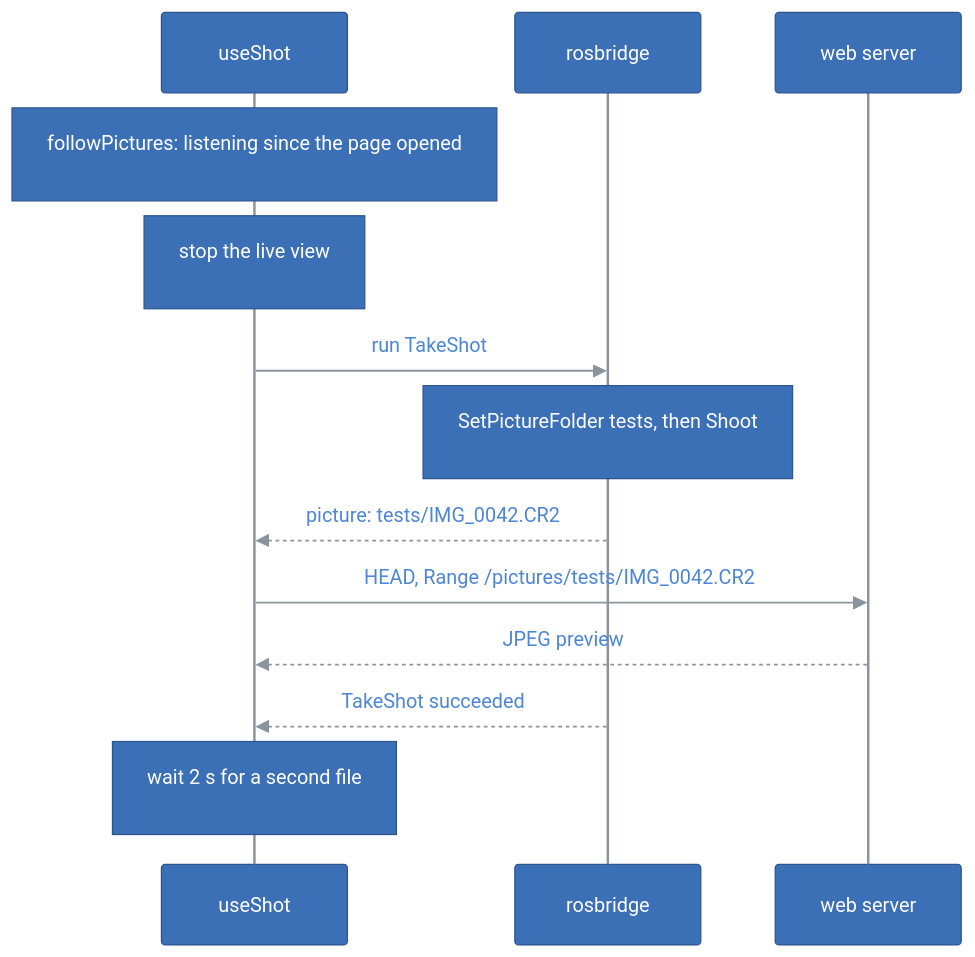
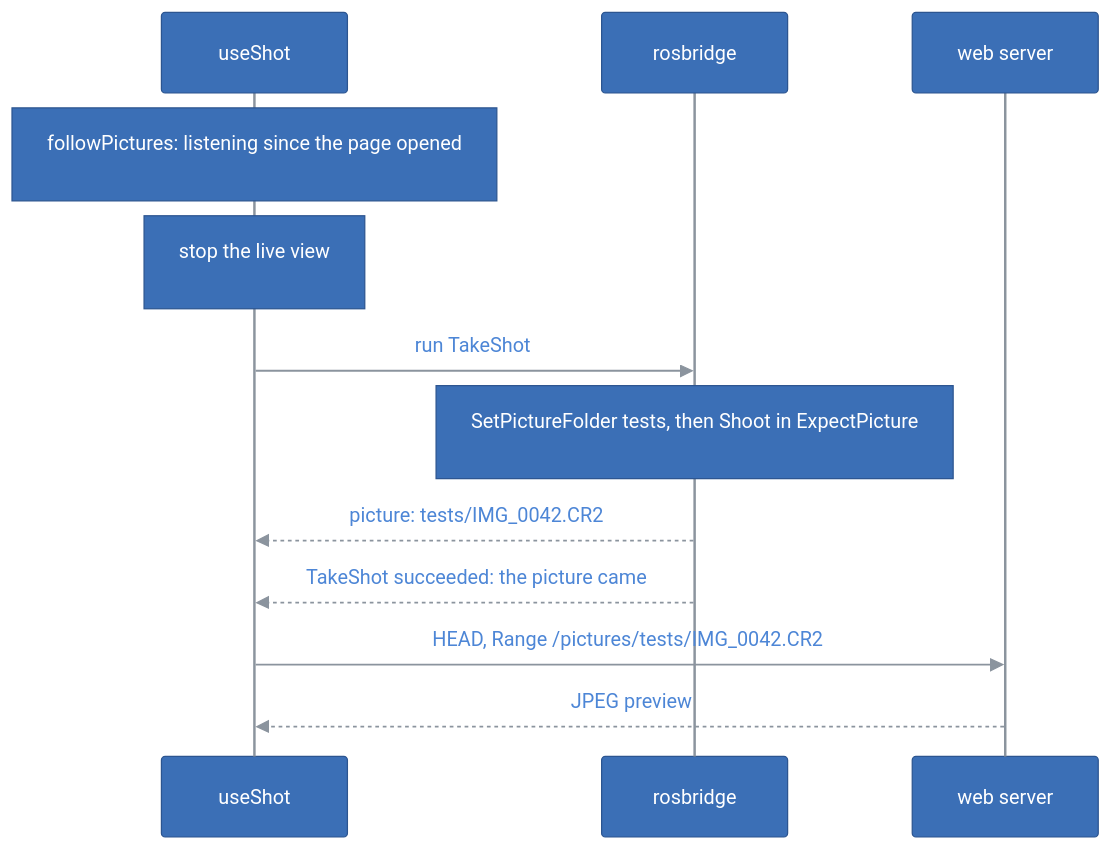
The fourth of 5 diagrams in ui/docs/ARCHITECTURE.md (kineticsystem/stepit-macro), drawn with Mermaid before and after one commit. The commit also changed other lines of this file and 7 other files, not shown here.

First line of the commit message:
Prove a test shot by its picture, on the rig

````diff
--- a/ui/docs/ARCHITECTURE.md
+++ b/ui/docs/ARCHITECTURE.md
@@ -337,70 +337,69 @@
 ```mermaid
 ---
 config:
   theme: base
   themeCSS: ".edgeLabel p { padding: 4px 10px; }"
   flowchart:
     padding: 20
     nodeSpacing: 40
     rankSpacing: 50
   class:
     padding: 16
   sequence:
     boxMargin: 12
     boxTextMargin: 8
     noteMargin: 28
     messageMargin: 40
     actorMargin: 60
     labelBoxWidth: 56
     labelBoxHeight: 28
   themeVariables:
     primaryColor: "#3b6fb6"
     primaryTextColor: "#ffffff"
     primaryBorderColor: "#2c5590"
     lineColor: "#8b949e"
     textColor: "#4d86d6"
     actorBkg: "#3b6fb6"
     actorBorder: "#2c5590"
     actorTextColor: "#ffffff"
     actorLineColor: "#8b949e"
     signalColor: "#8b949e"
     signalTextColor: "#4d86d6"
     noteBkgColor: "#3b6fb6"
     noteTextColor: "#ffffff"
     noteBorderColor: "#2c5590"
     secondaryColor: "#3b6fb6"
     tertiaryColor: "#3b6fb6"
     clusterBkg: "transparent"
     clusterBorder: "#8b949e"
     titleColor: "#4d86d6"
     edgeLabelBackground: "#3b6fb6"
     classText: "#ffffff"
     labelBoxBkgColor: "#3b6fb6"
     labelBoxBorderColor: "#2c5590"
     labelTextColor: "#ffffff"
     loopTextColor: "#4d86d6"
     mainBkg: "#3b6fb6"
     nodeBorder: "#2c5590"
     nodeTextColor: "#ffffff"
     secondaryBorderColor: "#2c5590"
     secondaryTextColor: "#ffffff"
     tertiaryBorderColor: "#2c5590"
     tertiaryTextColor: "#ffffff"
     errorBkgColor: "#3b6fb6"
     errorTextColor: "#ffffff"
 ---
 sequenceDiagram
     participant Shot as useShot
     participant Rig as rosbridge
     participant Web as web server
 
     Note over Shot: followPictures: listening since the page opened
     Note over Shot: stop the live view
     Shot->>Rig: run TakeShot
-    Note over Rig: SetPictureFolder tests, then Shoot
+    Note over Rig: SetPictureFolder tests, then Shoot in ExpectPicture
     Rig-->>Shot: picture: tests/IMG_0042.CR2
+    Rig-->>Shot: TakeShot succeeded: the picture came
     Shot->>Web: HEAD, Range /pictures/tests/IMG_0042.CR2
     Web-->>Shot: JPEG preview
-    Rig-->>Shot: TakeShot succeeded
-    Note over Shot: wait 2 s for a second file
 ```
````
